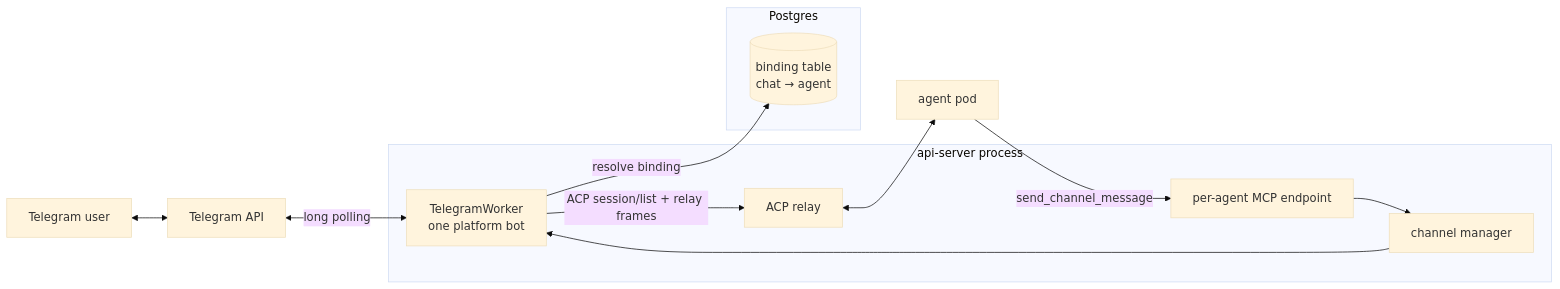
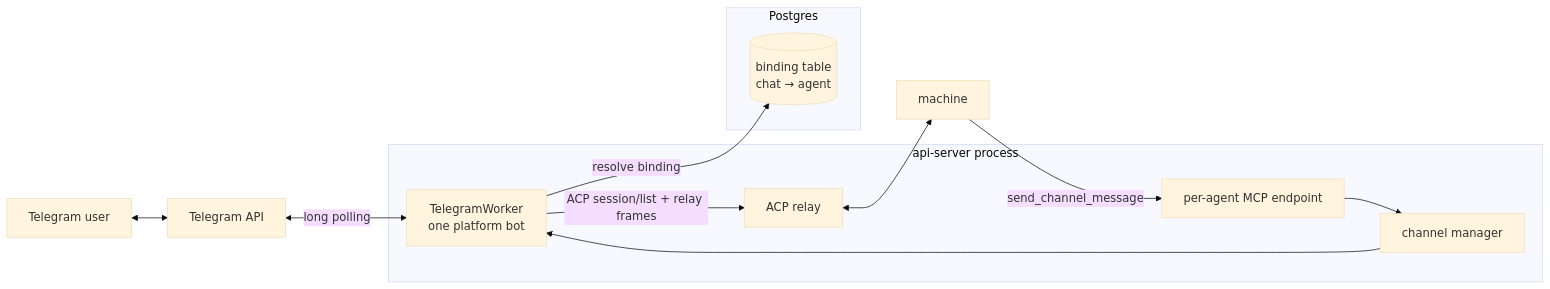
Before and after one commit to dam-agents/dam: the second of 2 diagrams in docs/architecture/channels.md, drawn with Mermaid (base theme). The commit also changed other lines of this file and 53 other files, not shown here.

````diff
--- a/docs/architecture/channels.md
+++ b/docs/architecture/channels.md
@@ -163,27 +163,27 @@
 ```mermaid
 flowchart LR
   TU[Telegram user]
   TAPI[Telegram API]
 
   subgraph api-server[api-server process]
     CM[channel manager]
     TW[TelegramWorker<br/>one platform bot]
     MCP[per-agent MCP endpoint]
     REL[ACP relay]
   end
 
   subgraph DB[Postgres]
     BND[(binding table<br/>chat → agent)]
   end
 
-  POD[agent pod]
+  POD[machine]
 
   TU <--> TAPI
   TAPI <-- long polling --> TW
   CM --> TW
   TW -- resolve binding --> BND
   TW -- ACP session/list + relay frames --> REL
   REL <--> POD
   POD -- send_channel_message --> MCP
   MCP --> CM
 ```
````
